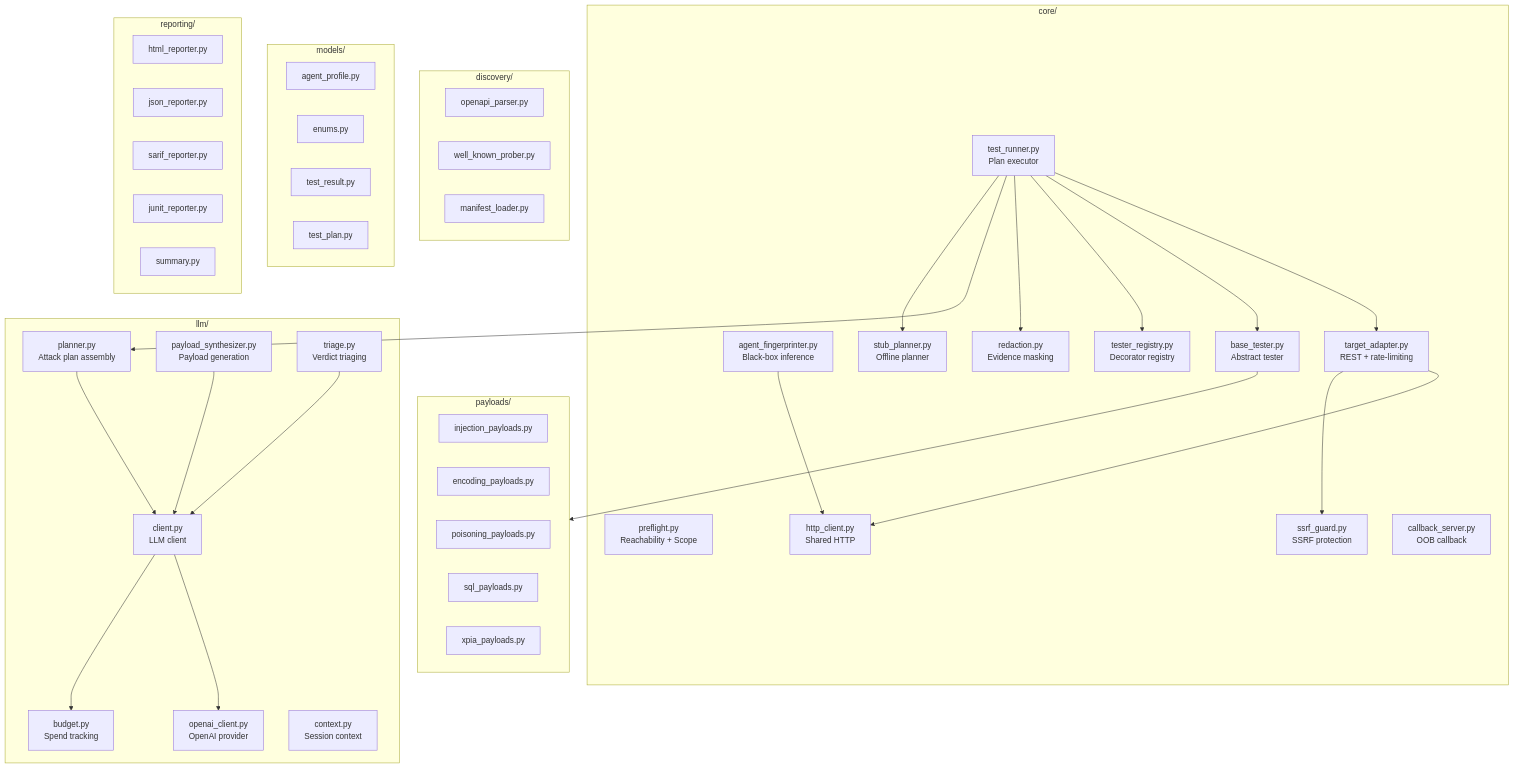
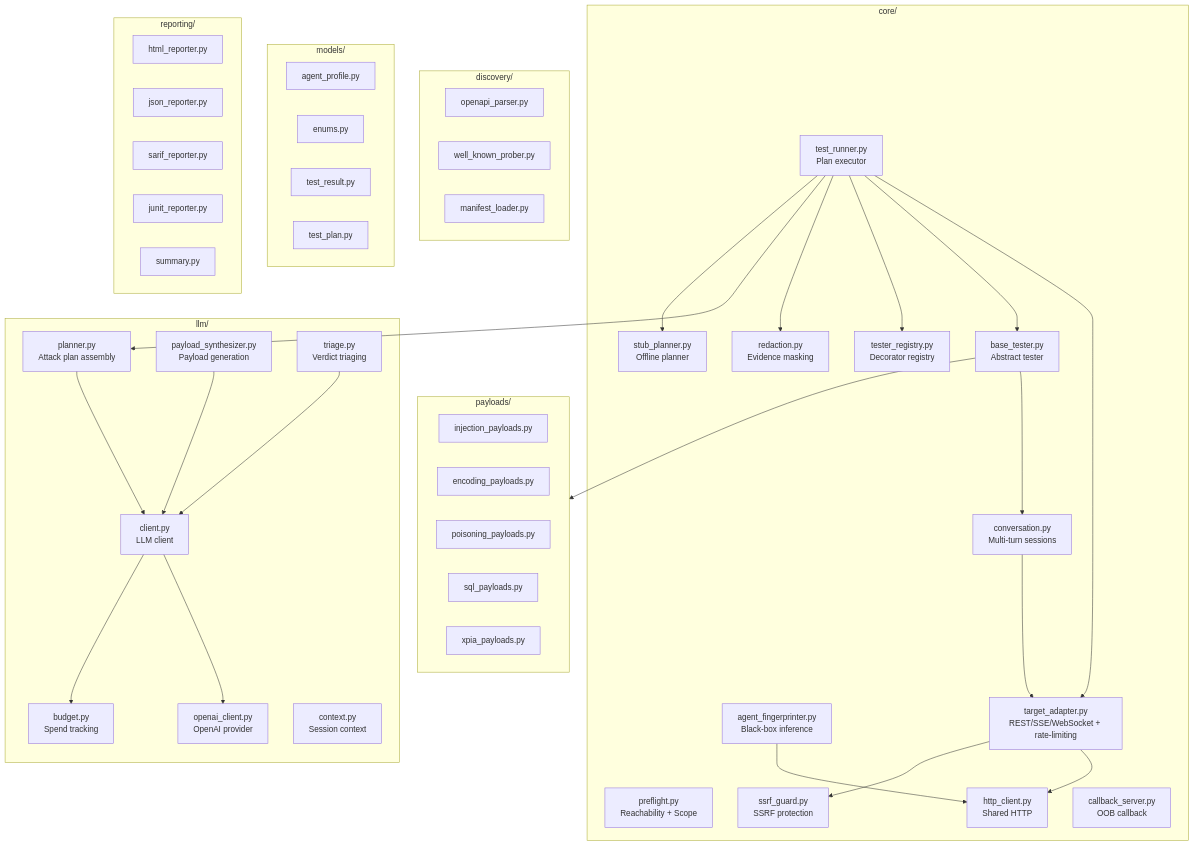
Before and after one commit to krishddd/security-module: the fourth of 8 diagrams in README.md, drawn with Mermaid. The commit also changed other lines of this file and 4 other files, not shown here.

````diff
--- a/README.md
+++ b/README.md
@@ -129,71 +131,74 @@
 ```mermaid
 graph TB
     subgraph Core["core/"]
         preflight["preflight.py\nReachability + Scope"]
         fingerprinter["agent_fingerprinter.py\nBlack-box inference"]
         runner["test_runner.py\nPlan executor"]
-        adapter["target_adapter.py\nREST + rate-limiting"]
+        adapter["target_adapter.py\nREST/SSE/WebSocket + rate-limiting"]
+        conversation["conversation.py\nMulti-turn sessions"]
         redaction["redaction.py\nEvidence masking"]
         base_tester["base_tester.py\nAbstract tester"]
         registry["tester_registry.py\nDecorator registry"]
         http["http_client.py\nShared HTTP"]
         ssrf["ssrf_guard.py\nSSRF protection"]
         stub["stub_planner.py\nOffline planner"]
         callback["callback_server.py\nOOB callback"]
     end
 
     subgraph LLM["llm/"]
         planner_llm["planner.py\nAttack plan assembly"]
         client["client.py\nLLM client"]
         openai["openai_client.py\nOpenAI provider"]
         synthesizer["payload_synthesizer.py\nPayload generation"]
         triage["triage.py\nVerdict triaging"]
         budget["budget.py\nSpend tracking"]
         context["context.py\nSession context"]
     end
 
     subgraph Disc["discovery/"]
         openapi["openapi_parser.py"]
         wellknown["well_known_prober.py"]
         manifest["manifest_loader.py"]
     end
 
     subgraph Models["models/"]
         profile["agent_profile.py"]
         enums["enums.py"]
         test_result["test_result.py"]
         test_plan["test_plan.py"]
     end
 
     subgraph Reporting["reporting/"]
         html_rep["html_reporter.py"]
         json_rep["json_reporter.py"]
         sarif_rep["sarif_reporter.py"]
         junit_rep["junit_reporter.py"]
         summary["summary.py"]
     end
 
     subgraph Payloads["payloads/"]
         inj["injection_payloads.py"]
         enc["encoding_payloads.py"]
         poison["poisoning_payloads.py"]
         sql["sql_payloads.py"]
         xpia["xpia_payloads.py"]
     end
 
     runner --> adapter
     runner --> base_tester
     runner --> registry
     runner --> redaction
+    base_tester --> conversation
+    conversation --> adapter
     adapter --> http
     adapter --> ssrf
     fingerprinter --> http
     planner_llm --> client
     client --> openai
     synthesizer --> client
     triage --> client
     client --> budget
     runner --> planner_llm
     runner --> stub
     base_tester --> Payloads
 ```
````
